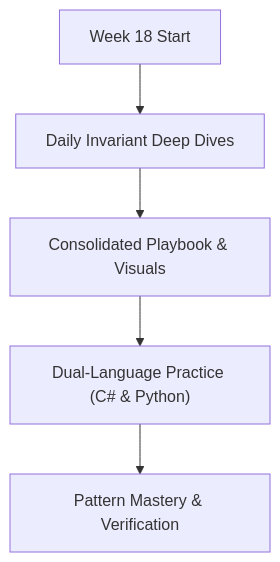
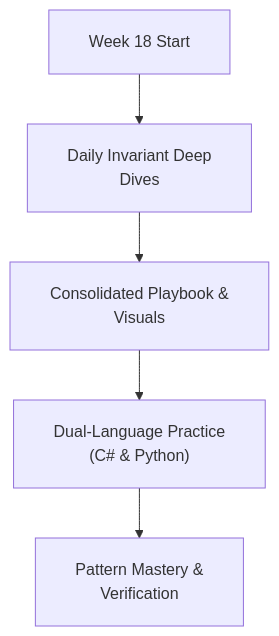
One commit to dip4k/DSA_102 changed the diagram in week_18_probabilistic_ds_systems/README.md. Above: the diagram before and after it, drawn with Mermaid. The commit also changed 108 other files, not shown here.

First line of the commit message:
fix(mermaid): resolve diagram clipping, padding, and syntax issues across repo

````diff
--- a/week_18_probabilistic_ds_systems/README.md
+++ b/week_18_probabilistic_ds_systems/README.md
@@ -16,7 +16,8 @@
 ```mermaid
+%%{init: {"flowchart": {"htmlLabels": true, "padding": 20}}}%%
 flowchart TD
-    Start["Week 18 Start"] --> Daily["Daily Invariant Deep Dives"]
-    Daily --> Playbook["Consolidated Playbook & Visuals"]
-    Playbook --> DualLang["Dual-Language Practice (C# & Python)"]
-    DualLang --> Mastery["Pattern Mastery & Verification"]
+    Start["Week 18 Start"] --> Daily["Daily Invariant Deep<br/>Dives"]
+    Daily --> Playbook["Consolidated Playbook &<br/>Visuals"]
+    Playbook --> DualLang["Dual-Language Practice<br/>(C# & Python)"]
+    DualLang --> Mastery["Pattern Mastery &<br/>Verification"]
 ```
````
